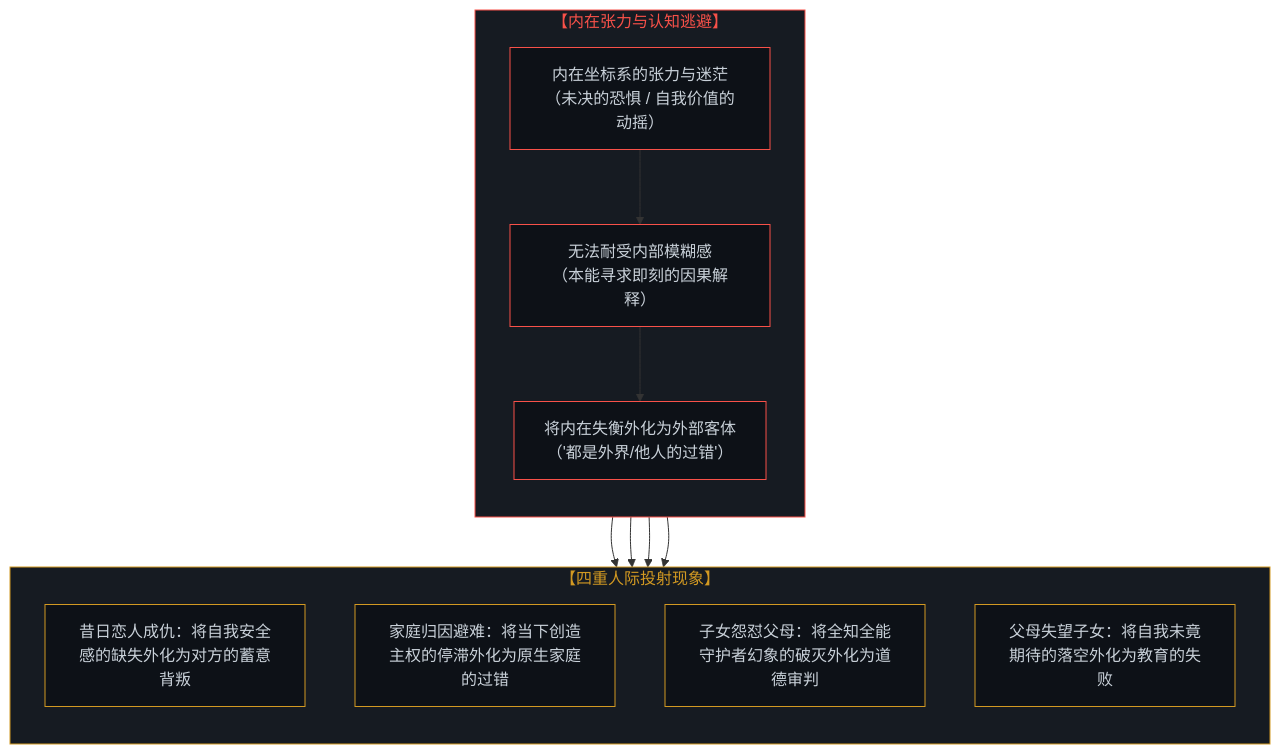
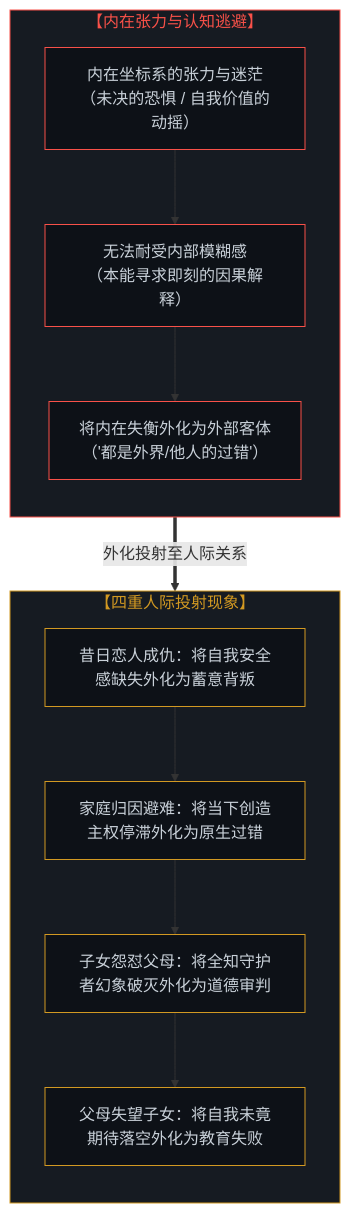
The first of 4 diagrams in content/posts/the-illusion-of-knowing-and-the-geometry-of-amputation.md (powerpig99/not-a-toe), drawn with Mermaid before and after one commit. The commit also changed other lines of this file and 2 other files, not shown here.

Commit message:
Preserve side-by-side cross-linking comparisons while fixing flattened horizontal spreads

````diff
--- a/content/posts/the-illusion-of-knowing-and-the-geometry-of-amputation.md
+++ b/content/posts/the-illusion-of-knowing-and-the-geometry-of-amputation.md
@@ -17,33 +17,31 @@
 ```mermaid
 graph TD
     subgraph S_Confusion["【内在张力与认知逃避】"]
         direction TB
         C1["内在坐标系的张力与迷茫<br>（未决的恐惧 / 自我价值的动摇）"]
         C2["无法耐受内部模糊感<br>（本能寻求即刻的因果解释）"]
         C3["将内在失衡外化为外部客体<br>（'都是外界/他人的过错'）"]
         C1 --> C2 --> C3
     end
 
     subgraph S_Relational_Fracture["【四重人际投射现象】"]
         direction TB
-        R1["昔日恋人成仇：将自我安全感的缺失外化为对方的蓄意背叛"]
-        R2["家庭归因避难：将当下创造主权的停滞外化为原生家庭的过错"]
-        R3["子女怨怼父母：将全知全能守护者幻象的破灭外化为道德审判"]
-        R4["父母失望子女：将自我未竟期待的落空外化为教育的失败"]
+        R1["昔日恋人成仇：将自我安全感缺失外化为蓄意背叛"]
+        R2["家庭归因避难：将当下创造主权停滞外化为原生过错"]
+        R3["子女怨怼父母：将全知守护者幻象破灭外化为道德审判"]
+        R4["父母失望子女：将自我未竟期待落空外化为教育失败"]
+        R1 --> R2 --> R3 --> R4
     end
 
-    C3 --> R1
-    C3 --> R2
-    C3 --> R3
-    C3 --> R4
+    C3 ==>|"外化投射至人际关系"| R1
 
     style S_Confusion fill:#161b22,stroke:#f85149,stroke-width:1px,color:#f85149
     style S_Relational_Fracture fill:#161b22,stroke:#d29922,stroke-width:1px,color:#d29922
     style C1 fill:#0d1117,stroke:#f85149,stroke-width:1px,color:#c9d1d9
     style C2 fill:#0d1117,stroke:#f85149,stroke-width:1px,color:#c9d1d9
     style C3 fill:#0d1117,stroke:#f85149,stroke-width:1px,color:#c9d1d9
     style R1 fill:#0d1117,stroke:#d29922,stroke-width:1px,color:#c9d1d9
     style R2 fill:#0d1117,stroke:#d29922,stroke-width:1px,color:#c9d1d9
     style R3 fill:#0d1117,stroke:#d29922,stroke-width:1px,color:#c9d1d9
     style R4 fill:#0d1117,stroke:#d29922,stroke-width:1px,color:#c9d1d9
 ```
````
